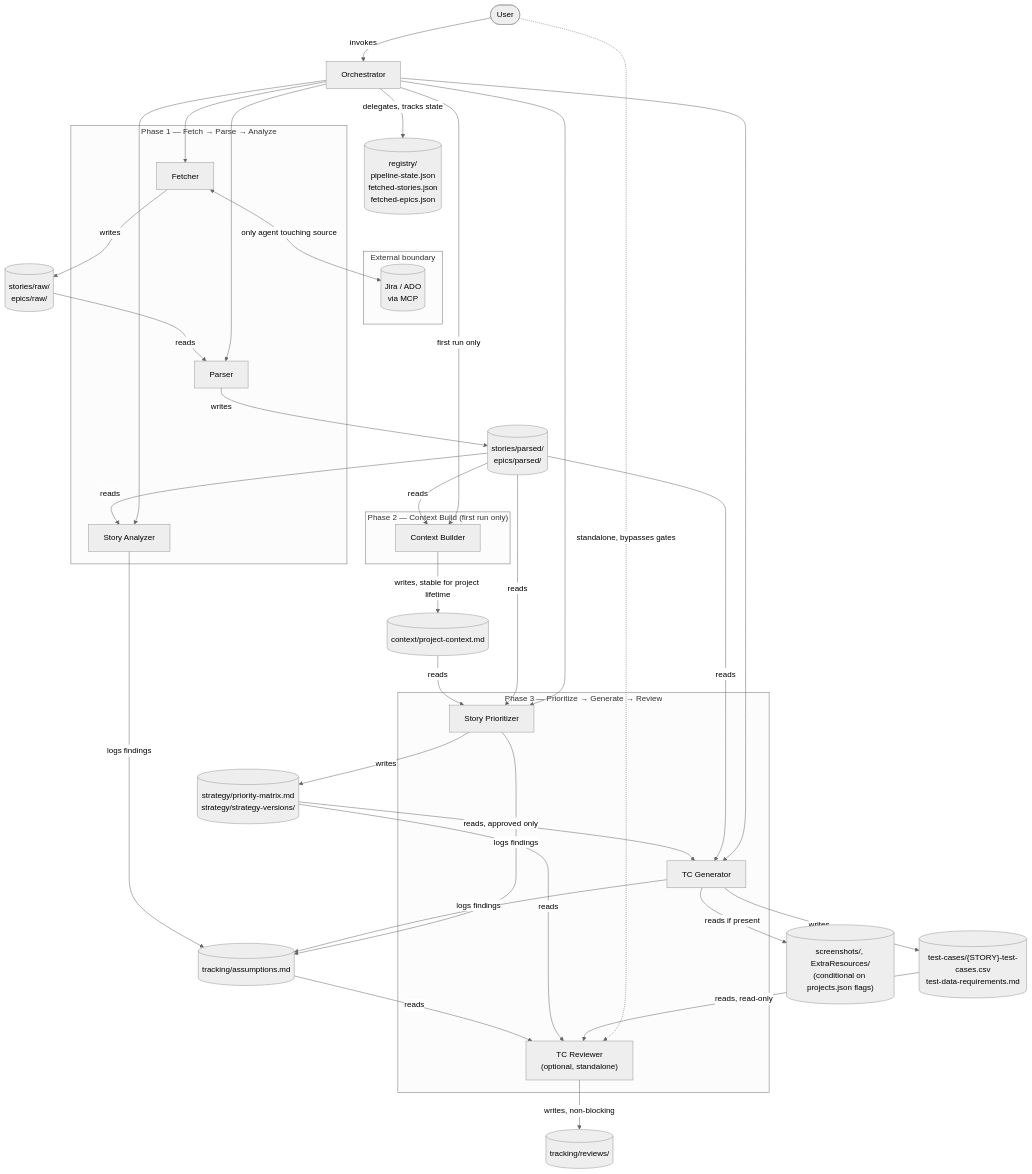
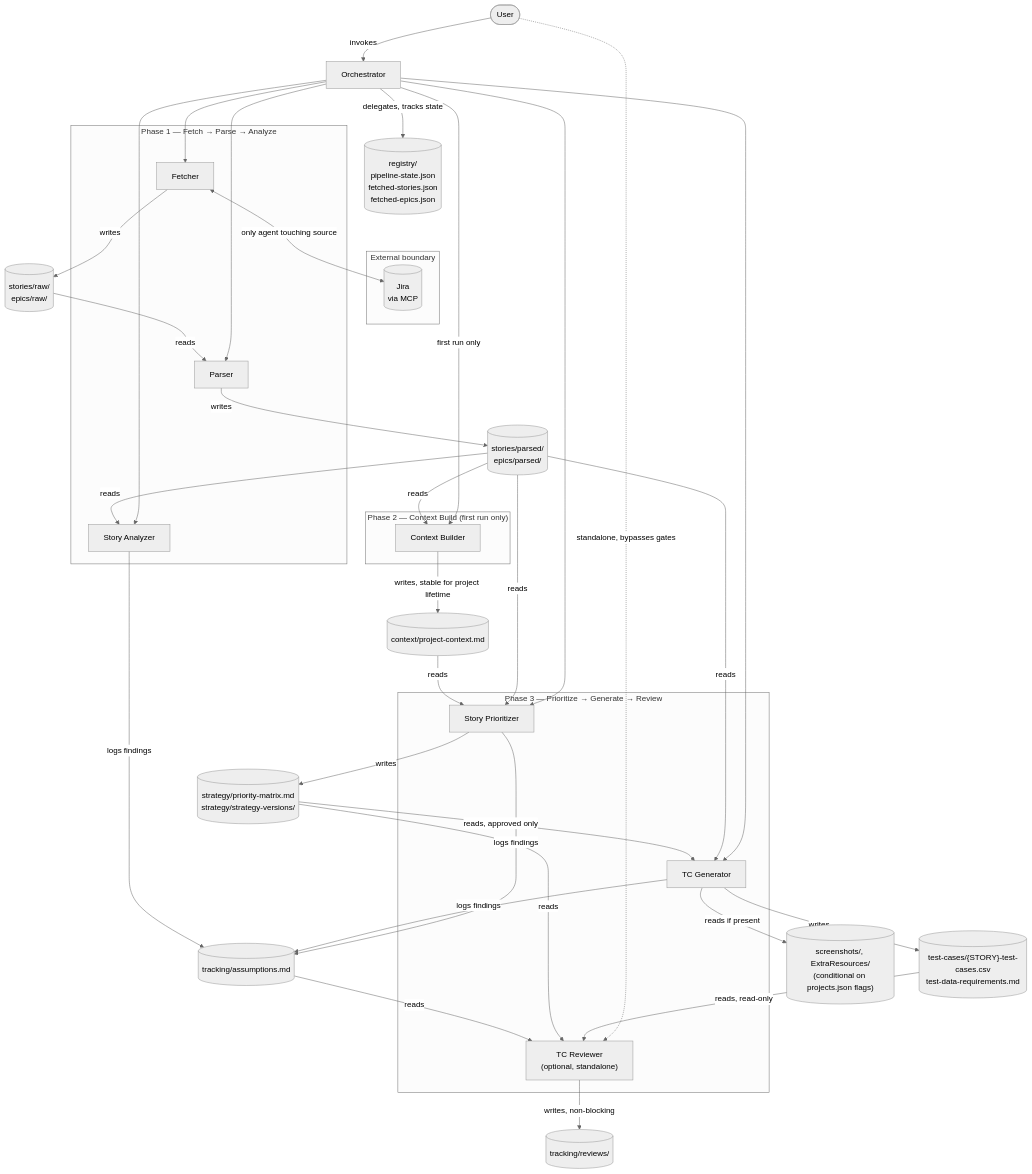
One commit to MF3093/PipelineQA changed the diagram in docs/architecture.md. Above: the diagram before and after it, drawn with Mermaid (neutral theme). The commit also changed other lines of this file and 31 other files, not shown here.

````diff
--- a/docs/architecture.md
+++ b/docs/architecture.md
@@ -14,61 +14,61 @@
 ```mermaid
 flowchart TD
     USER([User]) -->|invokes| ORCH[Orchestrator]
 
     subgraph EXT["External boundary"]
-        MCP[("Jira / ADO\nvia MCP")]
+        MCP[("Jira\nvia MCP")]
     end
 
     subgraph PHASE1["Phase 1 — Fetch → Parse → Analyze"]
         FETCH[Fetcher]
         PARSE[Parser]
         ANALYZE[Story Analyzer]
     end
 
     subgraph PHASE2["Phase 2 — Context Build (first run only)"]
         CTX[Context Builder]
     end
 
     subgraph PHASE3["Phase 3 — Prioritize → Generate → Review"]
         PRIO[Story Prioritizer]
         TCGEN[TC Generator]
         TCREV["TC Reviewer\n(optional, standalone)"]
     end
 
     REG[("registry/\npipeline-state.json\nfetched-stories.json\nfetched-epics.json")]
 
     ORCH -->|delegates, tracks state| REG
     ORCH --> FETCH
     ORCH --> PARSE
     ORCH --> ANALYZE
     ORCH -->|first run only| CTX
     ORCH --> PRIO
     ORCH --> TCGEN
     USER -.->|standalone, bypasses gates| TCREV
 
     FETCH <-->|only agent touching source| MCP
     FETCH -->|writes| RAW[("stories/raw/\nepics/raw/")]
     RAW -->|reads| PARSE
     PARSE -->|writes| PARSED[("stories/parsed/\nepics/parsed/")]
     PARSED -->|reads| ANALYZE
     PARSED -->|reads| CTX
     PARSED -->|reads| PRIO
     PARSED -->|reads| TCGEN
 
     ANALYZE -->|logs findings| ASSUMP[("tracking/assumptions.md")]
     CTX -->|writes, stable for project lifetime| PCTX[("context/project-context.md")]
     PCTX -->|reads| PRIO
 
     PRIO -->|writes| MATRIX[("strategy/priority-matrix.md\nstrategy/strategy-versions/")]
     MATRIX -->|reads, approved only| TCGEN
     PRIO -->|logs findings| ASSUMP
 
     TCGEN -->|writes| TC[("test-cases/{STORY}-test-cases.csv\ntest-data-requirements.md")]
     TCGEN -->|reads if present| SCR[("screenshots/, ExtraResources/\n(conditional on projects.json flags)")]
     TCGEN -->|logs findings| ASSUMP
 
     TC -->|reads, read-only| TCREV
     MATRIX -->|reads| TCREV
     ASSUMP -->|reads| TCREV
     TCREV -->|writes, non-blocking| REVOUT[("tracking/reviews/")]
 ```
````
